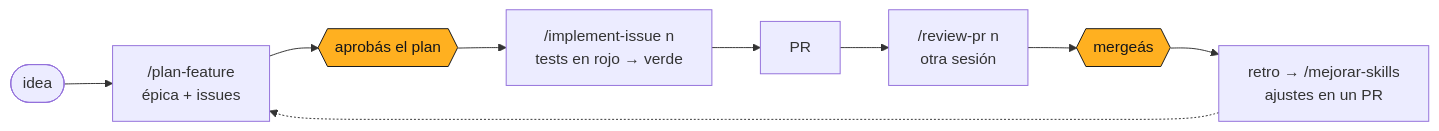
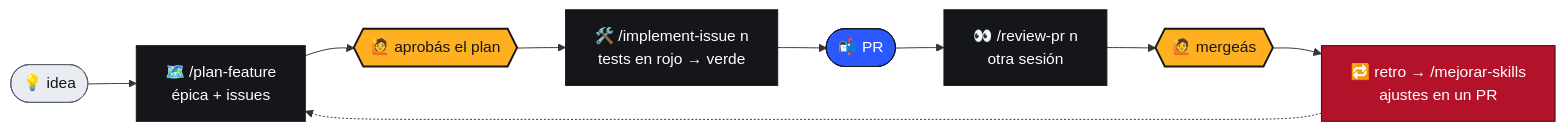
The diagram in README.md (lautioliver/agent-kit-template), drawn with Mermaid before and after one commit. The commit also changed other lines of this file and 1 other file, not shown here.

````diff
--- a/README.md
+++ b/README.md
@@ -47,14 +80,22 @@
 ```mermaid
 flowchart LR
-    idea([idea]) --> plan["/plan-feature<br/>épica + issues"]
-    plan --> ok1{{aprobás el plan}}
-    ok1 --> impl["/implement-issue n<br/>tests en rojo → verde"]
-    impl --> pr[PR]
-    pr --> rev["/review-pr n<br/>otra sesión"]
-    rev --> ok2{{mergeás}}
-    ok2 --> retro["retro → /mejorar-skills<br/>ajustes en un PR"]
+    idea([💡 idea]) --> plan["🗺️ /plan-feature<br/>épica + issues"]
+    plan --> ok1{{"🙋 aprobás el plan"}}
+    ok1 --> impl["🛠️ /implement-issue n<br/>tests en rojo → verde"]
+    impl --> pr(["📬 PR"])
+    pr --> rev["👀 /review-pr n<br/>otra sesión"]
+    rev --> ok2{{"🙋 mergeás"}}
+    ok2 --> retro["🔁 retro → /mejorar-skills<br/>ajustes en un PR"]
     retro -.-> plan
 
-    classDef persona fill:#FFB020,stroke:#14161A,color:#14161A
+    classDef agente fill:#14161A,stroke:#14161A,color:#FFFFFF
+    classDef persona fill:#FFB020,stroke:#14161A,stroke-width:2px,color:#14161A
+    classDef pr fill:#2B59FF,stroke:#14161A,color:#FFFFFF
+    classDef aprende fill:#B4122B,stroke:#14161A,color:#FFFFFF
+    classDef idea fill:#E9ECF1,stroke:#5A6270,color:#14161A
+    class plan,impl,rev agente
     class ok1,ok2 persona
+    class pr pr
+    class retro aprende
+    class idea idea
 ```
````
